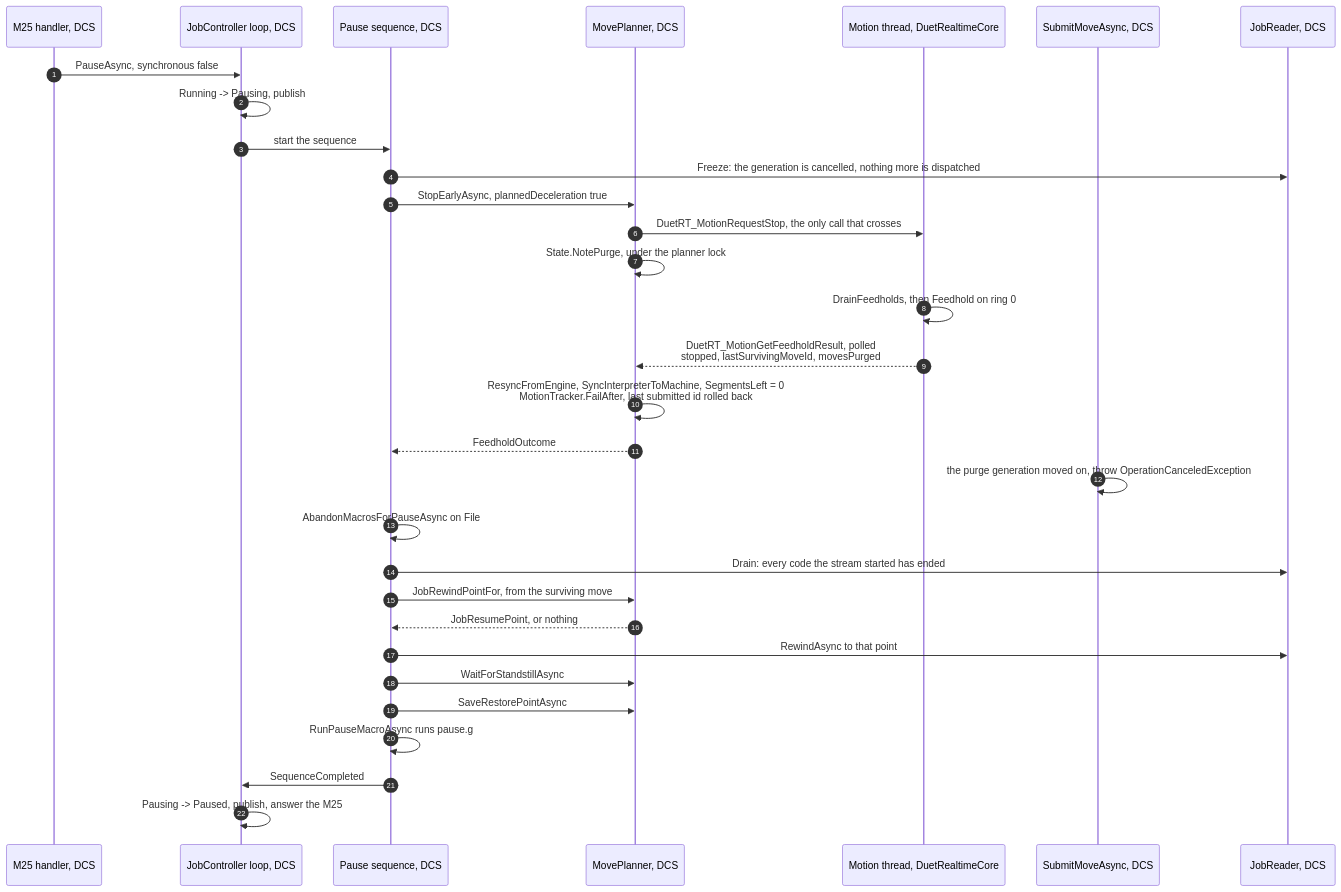
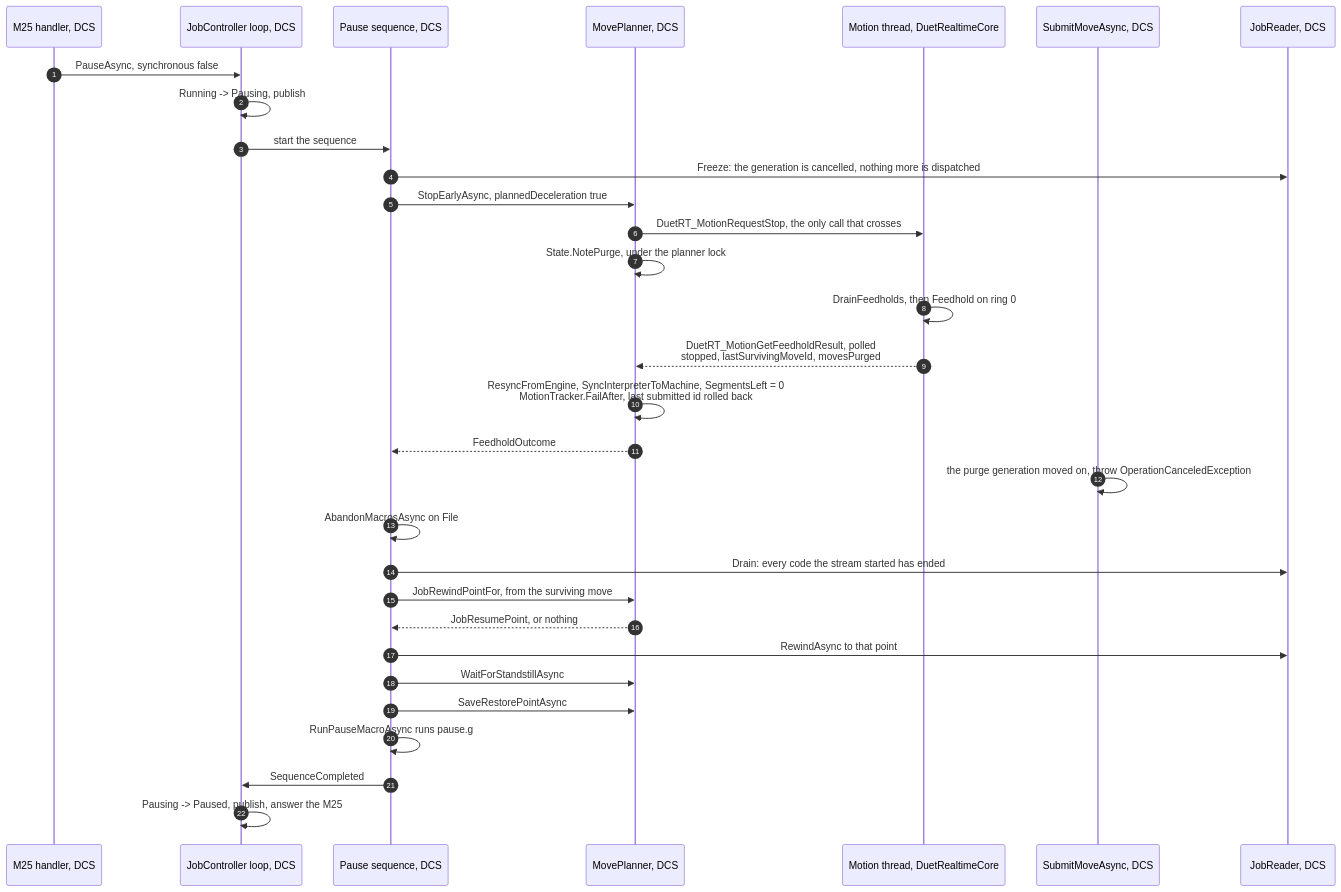
One commit to Duet3D/DuetSoftwareFramework changed the second of 5 diagrams in src/Documentation/articles/pause-and-resume.md. Above: the diagram before and after it, drawn with Mermaid. The commit also changed other lines of this file and 15 other files, not shown here.

````diff
--- a/src/Documentation/articles/pause-and-resume.md
+++ b/src/Documentation/articles/pause-and-resume.md
@@ -130,34 +142,34 @@
 ```mermaid
 sequenceDiagram
     autonumber
     participant M as M25 handler, DCS
     participant L as JobController loop, DCS
     participant P as Pause sequence, DCS
     participant PL as MovePlanner, DCS
     participant E as Motion thread, DuetRealtimeCore
     participant S as SubmitMoveAsync, DCS
     participant J as JobReader, DCS
 
     M->>L: PauseAsync, synchronous false
     L->>L: Running -> Pausing, publish
     L->>P: start the sequence
     P->>J: Freeze: the generation is cancelled, nothing more is dispatched
     P->>PL: StopEarlyAsync, plannedDeceleration true
     PL->>E: DuetRT_MotionRequestStop, the only call that crosses
     PL->>PL: State.NotePurge, under the planner lock
     E->>E: DrainFeedholds, then Feedhold on ring 0
     E-->>PL: DuetRT_MotionGetFeedholdResult, polled<br/>stopped, lastSurvivingMoveId, movesPurged
     PL->>PL: ResyncFromEngine, SyncInterpreterToMachine, SegmentsLeft = 0<br/>MotionTracker.FailAfter, last submitted id rolled back
     PL-->>P: FeedholdOutcome
     S->>S: the purge generation moved on, throw OperationCanceledException
-    P->>P: AbandonMacrosForPauseAsync on File
+    P->>P: AbandonMacrosAsync on File
     P->>J: Drain: every code the stream started has ended
     P->>PL: JobRewindPointFor, from the surviving move
     PL-->>P: JobResumePoint, or nothing
     P->>J: RewindAsync to that point
     P->>PL: WaitForStandstillAsync
     P->>PL: SaveRestorePointAsync
     P->>P: RunPauseMacroAsync runs pause.g
     P->>L: SequenceCompleted
     L->>L: Pausing -> Paused, publish, answer the M25
 ```
````
